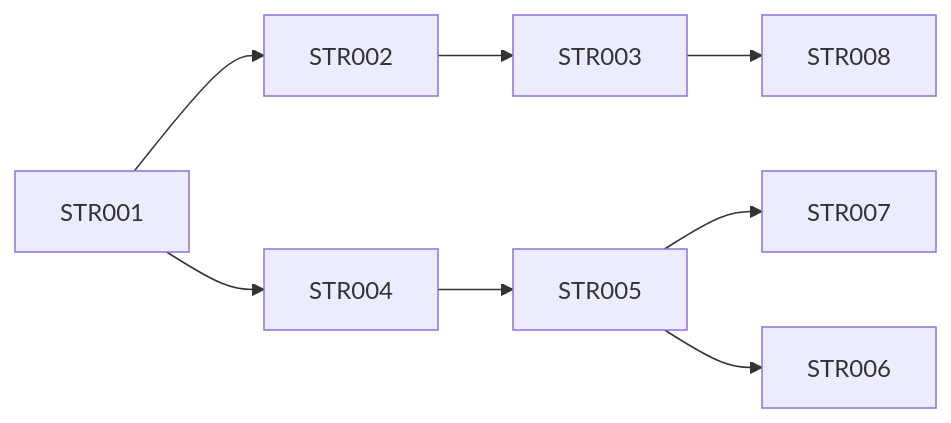
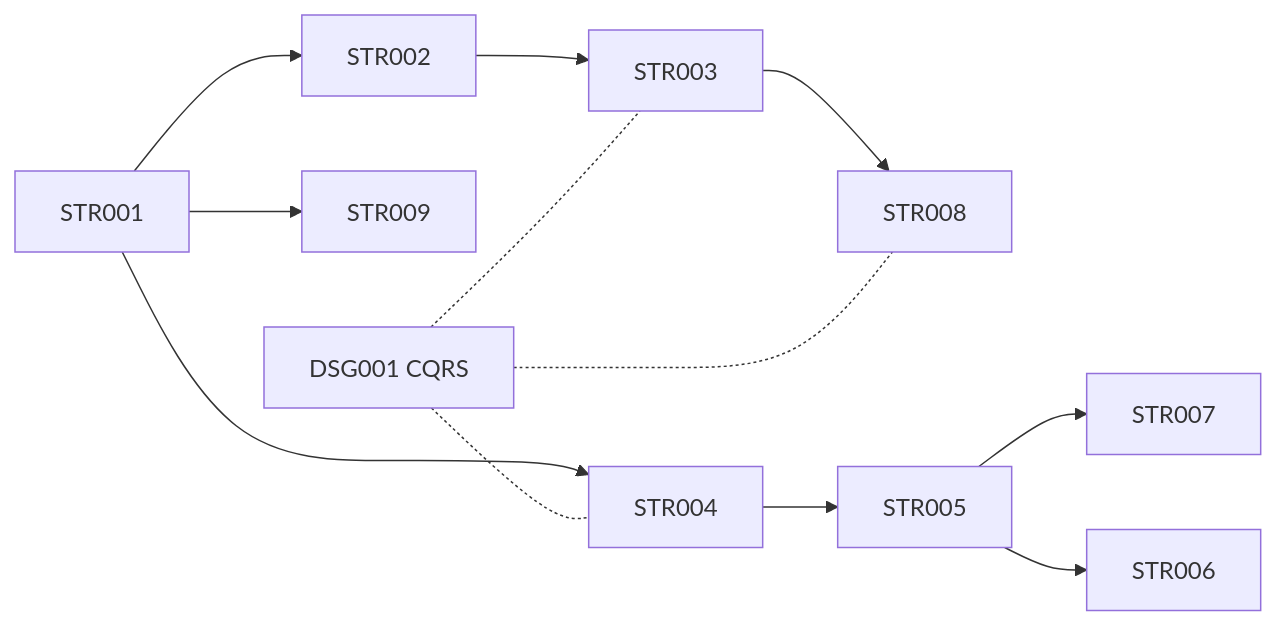
One commit to Webhooks-Ltd/dotnet-patterns changed the diagram in README.md. Above: the diagram before and after it, drawn with Mermaid. The commit also changed other lines of this file and 7 other files, not shown here.

First line of the commit message:
Add CQRS, Minimal API, Worker Service; remove MediatR coupling

````diff
--- a/README.md
+++ b/README.md
@@ -54,16 +60,23 @@
 ```mermaid
 graph LR
     STR001 --> STR002 --> STR003
     STR001 --> STR004
+    STR001 --> STR009
     STR003 --> STR008
     STR004 --> STR005 --> STR007
     STR005 --> STR006
+    DSG001[DSG001 CQRS] -.- STR003
+    DSG001 -.- STR004
+    DSG001 -.- STR008
     click STR001 "patterns/STR001 - n-tier.md"
     click STR002 "patterns/STR002 - clean-architecture-lite.md"
     click STR003 "patterns/STR003 - full-clean-architecture.md"
     click STR004 "patterns/STR004 - vertical-slice.md"
     click STR005 "patterns/STR005 - modular-monolith.md"
     click STR006 "patterns/STR006 - hexagonal.md"
     click STR007 "patterns/STR007 - microservices.md"
     click STR008 "patterns/STR008 - clean-vertical-slice.md"
+    click STR009 "patterns/STR009 - minimal-api.md"
+    click STR010 "patterns/STR010 - worker-service.md"
+    click DSG001 "patterns/DSG001 - cqrs.md"
 ```
````
